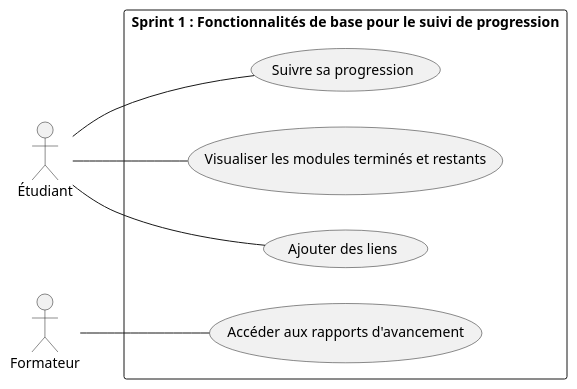
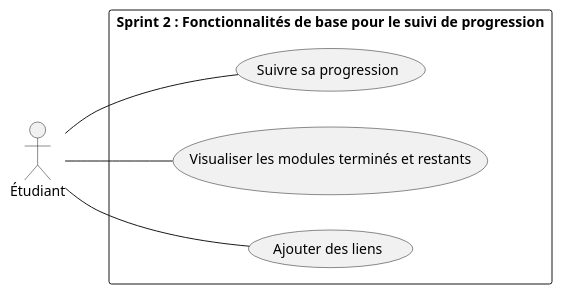
One commit to AyoubBakali07/UI_UX_Design changed the diagram in Branch_fonctionell/Use_cases/Use_case_sprint1.puml. Above: the diagram before and after it, drawn with PlantUML. The commit also changed 1 other file, not shown here.

```diff
--- a/Branch_fonctionell/Use_cases/Use_case_sprint1.puml
+++ b/Branch_fonctionell/Use_cases/Use_case_sprint1.puml
@@ -1,19 +1,19 @@
 @startuml
 left to right direction
 actor Étudiant
-actor Formateur
+' actor Formateur
 
-rectangle "Sprint 1 : Fonctionnalités de base pour le suivi de progression" {
+rectangle "Sprint 2 : Fonctionnalités de base pour le suivi de progression" {
     usecase "Suivre sa progression" as UC1
     usecase "Visualiser les modules terminés et restants" as UC3
     usecase "Ajouter des liens" as UC9
-    usecase "Accéder aux rapports d'avancement" as UC4
+    ' usecase "Accéder aux rapports d'avancement" as UC4
 }
 
 Étudiant -- UC1
 Étudiant -- UC3
 Étudiant -- UC9
 
-Formateur -- UC4
+' Formateur -- UC4
 
 @enduml
```
